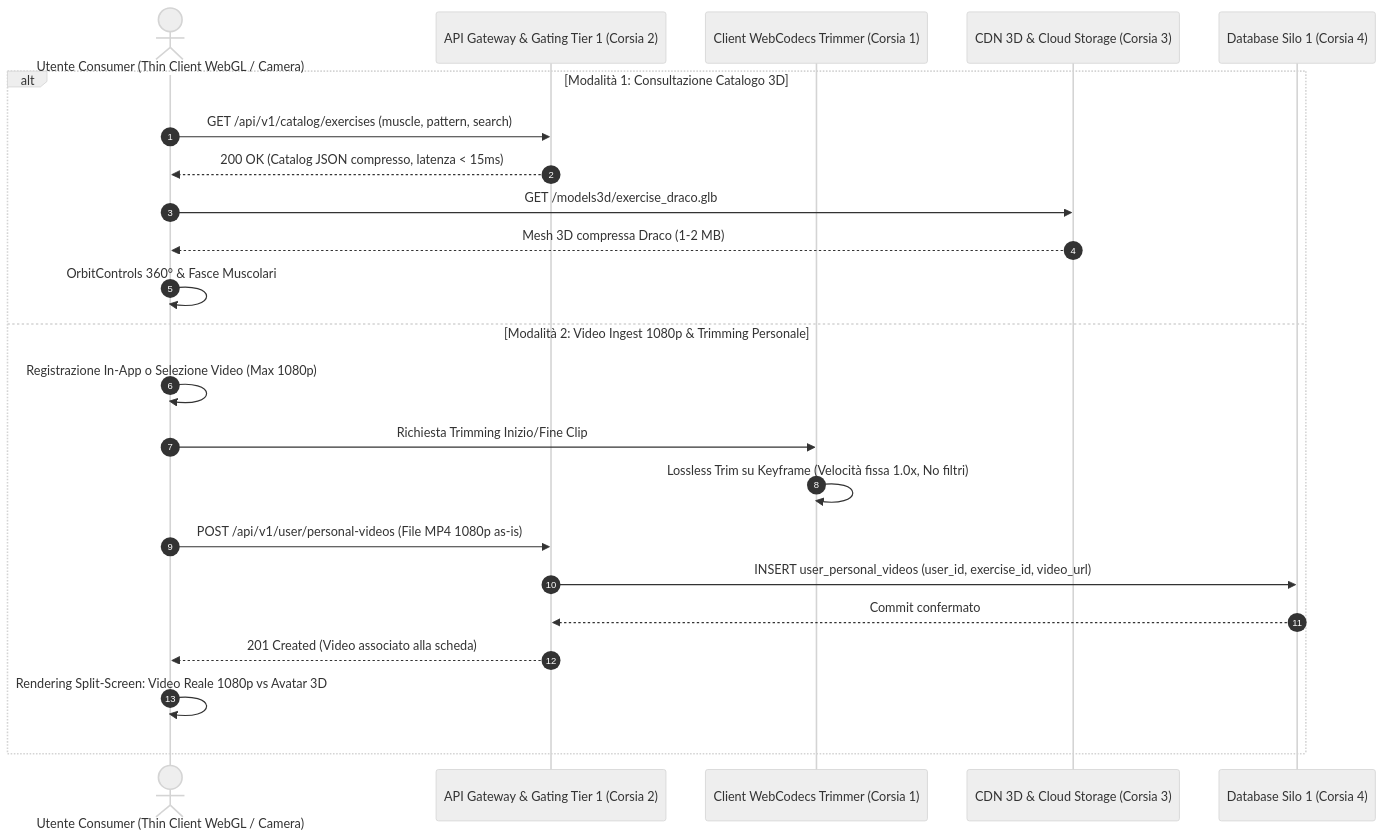
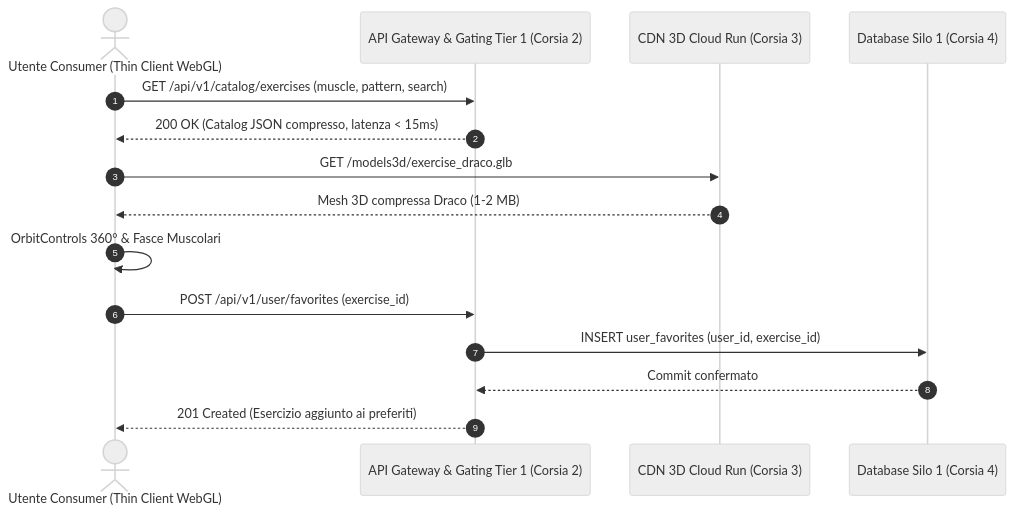
Before and after one commit to sportscience2025-star/Sports-Analytics-Platform---T7-Workout-APP: the diagram in architecture-blueprint/00-capitolato-tecnico-e-glossario/02-software-1-flow-2a-personal-cockpit.md, drawn with Mermaid (neutral theme). The commit also changed other lines of this file and 6 other files, not shown here.

Commit message:
fix(catalog): enforce tier policy - tier 1 zero upload, tier 2 max 1080p, tier 3 4k/8k broadcast

````diff
--- a/architecture-blueprint/00-capitolato-tecnico-e-glossario/02-software-1-flow-2a-personal-cockpit.md
+++ b/architecture-blueprint/00-capitolato-tecnico-e-glossario/02-software-1-flow-2a-personal-cockpit.md
@@ -58,26 +56,18 @@
 ```mermaid
 sequenceDiagram
     autonumber
-    actor Utente as Utente Consumer (Thin Client WebGL / Camera)
+    actor Utente as Utente Consumer (Thin Client WebGL)
     participant GW as API Gateway & Gating Tier 1 (Corsia 2)
-    participant TRIM as Client WebCodecs Trimmer (Corsia 1)
-    participant CDN as CDN 3D & Cloud Storage (Corsia 3)
+    participant CDN as CDN 3D Cloud Run (Corsia 3)
     participant DB as Database Silo 1 (Corsia 4)
 
-    alt Modalità 1: Consultazione Catalogo 3D
-        Utente->>GW: GET /api/v1/catalog/exercises (muscle, pattern, search)
-        GW-->>Utente: 200 OK (Catalog JSON compresso, latenza < 15ms)
-        Utente->>CDN: GET /models3d/exercise_draco.glb
-        CDN-->>Utente: Mesh 3D compressa Draco (1-2 MB)
-        Utente->>Utente: OrbitControls 360° & Fasce Muscolari
-    else Modalità 2: Video Ingest 1080p & Trimming Personale
-        Utente->>Utente: Registrazione In-App o Selezione Video (Max 1080p)
-        Utente->>TRIM: Richiesta Trimming Inizio/Fine Clip
-        TRIM->>TRIM: Lossless Trim su Keyframe (Velocità fissa 1.0x, No filtri)
-        Utente->>GW: POST /api/v1/user/personal-videos (File MP4 1080p as-is)
-        GW->>DB: INSERT user_personal_videos (user_id, exercise_id, video_url)
-        DB-->>GW: Commit confermato
-        GW-->>Utente: 201 Created (Video associato alla scheda)
-        Utente->>Utente: Rendering Split-Screen: Video Reale 1080p vs Avatar 3D
-    end
+    Utente->>GW: GET /api/v1/catalog/exercises (muscle, pattern, search)
+    GW-->>Utente: 200 OK (Catalog JSON compresso, latenza < 15ms)
+    Utente->>CDN: GET /models3d/exercise_draco.glb
+    CDN-->>Utente: Mesh 3D compressa Draco (1-2 MB)
+    Utente->>Utente: OrbitControls 360° & Fasce Muscolari
+    Utente->>GW: POST /api/v1/user/favorites (exercise_id)
+    GW->>DB: INSERT user_favorites (user_id, exercise_id)
+    DB-->>GW: Commit confermato
+    GW-->>Utente: 201 Created (Esercizio aggiunto ai preferiti)
 ```
````
